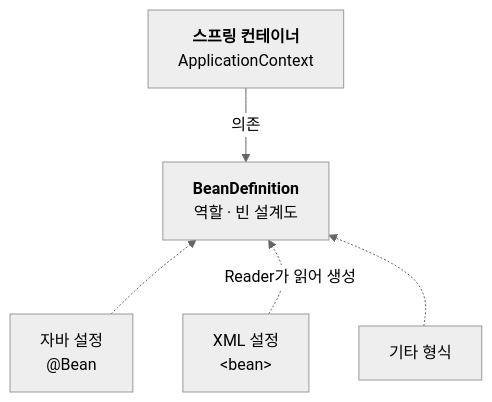
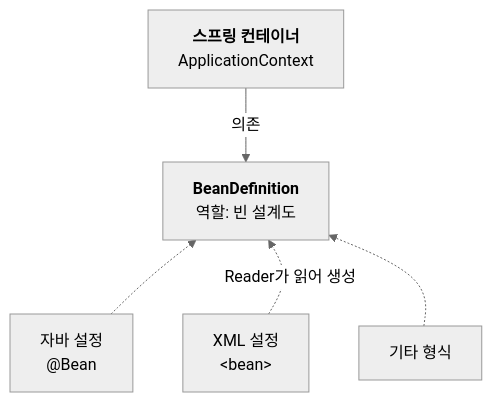
One commit to DUKY8N/dev-blog changed the diagram in blog/notes/spring-container.md. Above: the diagram before and after it, drawn with Mermaid (neutral theme). The commit also changed other lines of this file, not shown here.

````diff
--- a/blog/notes/spring-container.md
+++ b/blog/notes/spring-container.md
@@ -90,10 +90,10 @@
 ```mermaid
 flowchart TB
     accTitle: 설정 정보와 BeanDefinition의 관계
     accDescr: 각 형식의 설정을 Reader가 읽어 BeanDefinition을 만들고, 스프링 컨테이너가 이 메타정보를 사용해 빈을 생성한다.
-    C["<b>스프링 컨테이너</b><br/>ApplicationContext"] -->|의존| BD["<b>BeanDefinition</b><br/>역할 · 빈 설계도"]
+    C["<b>스프링 컨테이너</b><br/>ApplicationContext"] -->|의존| BD["<b>BeanDefinition</b><br/>역할: 빈 설계도"]
     BD ~~~ J & X & E
     J["자바 설정<br/>@Bean"] -.-> BD
     X["XML 설정<br/>&lt;bean&gt;"] -.->|"Reader가 읽어 생성"| BD
     E["기타 형식"] -.-> BD
 ```
````
